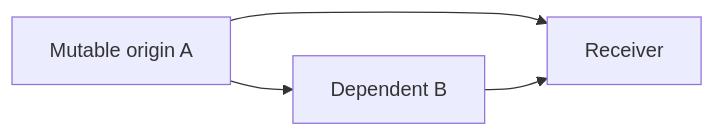
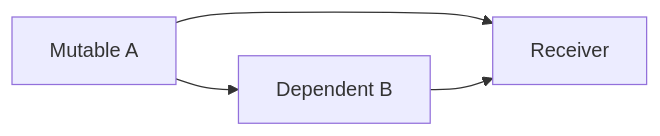
One commit to Ed-Fi-Alliance-OSS/Data-Management-Service changed the second of 2 diagrams in reference/design/backend-redesign/design-docs/sql-server-pruning.md. Above: the diagram before and after it, drawn with Mermaid. The commit also changed other lines of this file, not shown here.

````diff
--- a/reference/design/backend-redesign/design-docs/sql-server-pruning.md
+++ b/reference/design/backend-redesign/design-docs/sql-server-pruning.md
@@ -116,6 +106,6 @@
 ```mermaid
 flowchart LR
-    A[Mutable origin A] --> B[Dependent B]
+    A[Mutable A] --> B[Dependent B]
     A --> R[Receiver]
     B --> R
 ```
````
